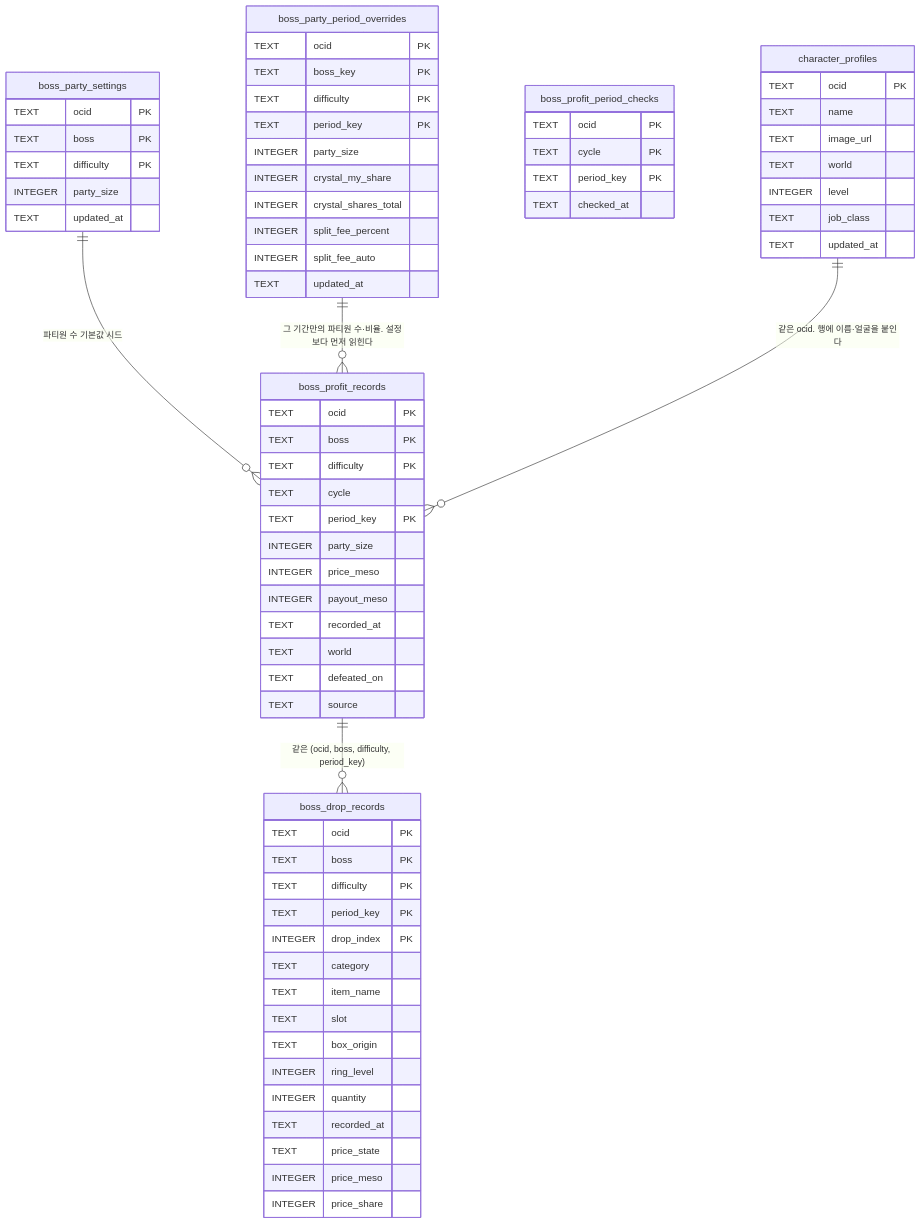
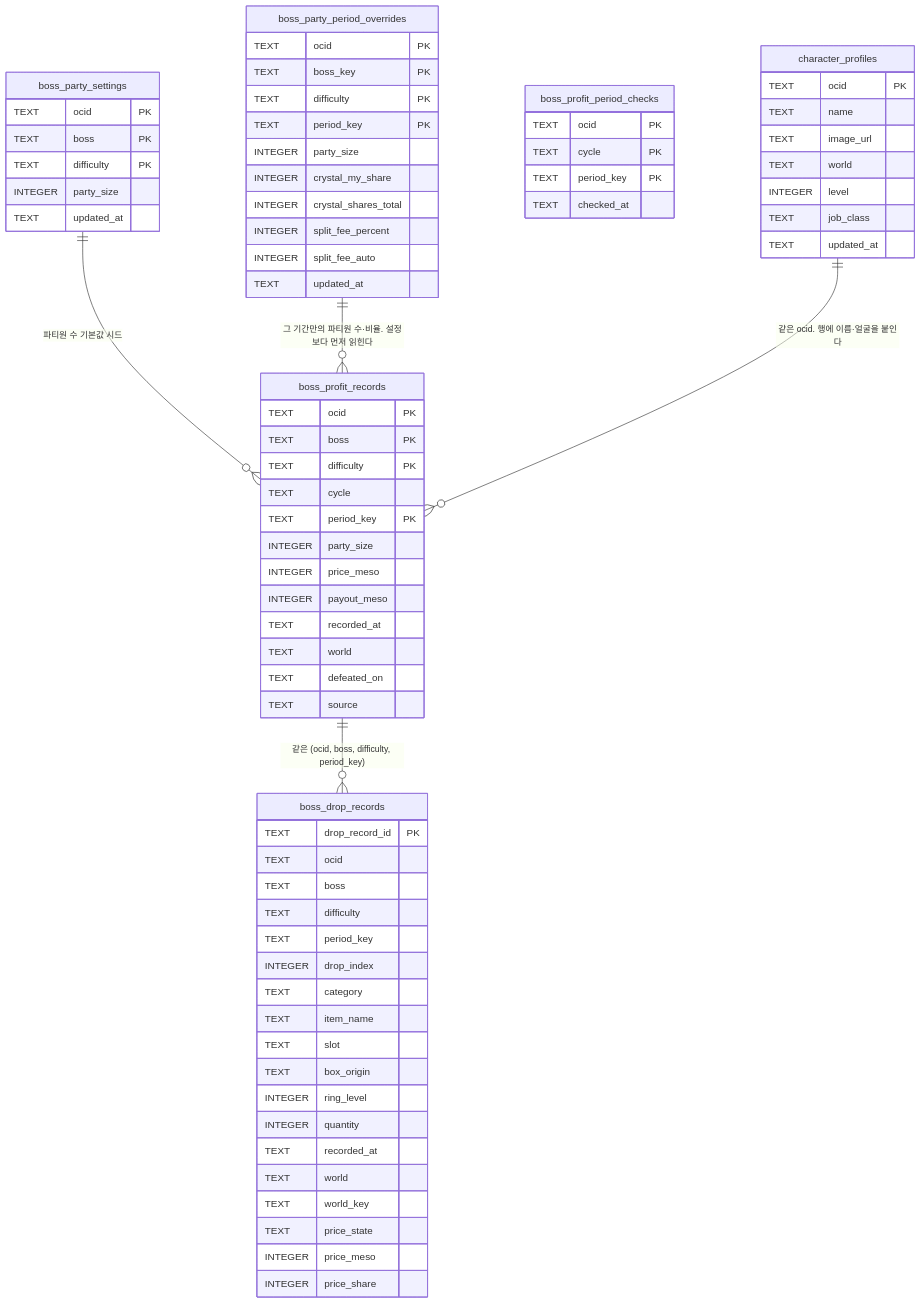
One commit to jini520/maple-routine changed the first of 2 diagrams in docs/persistence/sqlite.md. Above: the diagram before and after it, drawn with Mermaid. The commit also changed other lines of this file and 5 other files, not shown here.

````diff
--- a/docs/persistence/sqlite.md
+++ b/docs/persistence/sqlite.md
@@ -12,72 +12,75 @@
 ```mermaid
 erDiagram
     boss_profit_records {
         TEXT ocid PK
         TEXT boss PK
         TEXT difficulty PK
         TEXT cycle
         TEXT period_key PK
         INTEGER party_size
         INTEGER price_meso
         INTEGER payout_meso
         TEXT recorded_at
         TEXT world
         TEXT defeated_on
         TEXT source
     }
     boss_party_settings {
         TEXT ocid PK
         TEXT boss PK
         TEXT difficulty PK
         INTEGER party_size
         TEXT updated_at
     }
     boss_party_period_overrides {
         TEXT ocid PK
         TEXT boss_key PK
         TEXT difficulty PK
         TEXT period_key PK
         INTEGER party_size
         INTEGER crystal_my_share
         INTEGER crystal_shares_total
         INTEGER split_fee_percent
         INTEGER split_fee_auto
         TEXT updated_at
     }
     boss_profit_period_checks {
         TEXT ocid PK
         TEXT cycle PK
         TEXT period_key PK
         TEXT checked_at
     }
     boss_drop_records {
-        TEXT ocid PK
-        TEXT boss PK
-        TEXT difficulty PK
-        TEXT period_key PK
-        INTEGER drop_index PK
+        TEXT drop_record_id PK
+        TEXT ocid
+        TEXT boss
+        TEXT difficulty
+        TEXT period_key
+        INTEGER drop_index
         TEXT category
         TEXT item_name
         TEXT slot
         TEXT box_origin
         INTEGER ring_level
         INTEGER quantity
         TEXT recorded_at
+        TEXT world
+        TEXT world_key
         TEXT price_state
         INTEGER price_meso
         INTEGER price_share
     }
     character_profiles {
         TEXT ocid PK
         TEXT name
         TEXT image_url
         TEXT world
         INTEGER level
         TEXT job_class
         TEXT updated_at
     }
     boss_party_settings ||--o{ boss_profit_records : "파티원 수 기본값 시드"
     boss_party_period_overrides ||--o{ boss_profit_records : "그 기간만의 파티원 수·비율. 설정보다 먼저 읽힌다"
     boss_profit_records ||--o{ boss_drop_records : "같은 (ocid, boss, difficulty, period_key)"
     character_profiles ||--o{ boss_profit_records : "같은 ocid. 행에 이름·얼굴을 붙인다"
 ```
````
